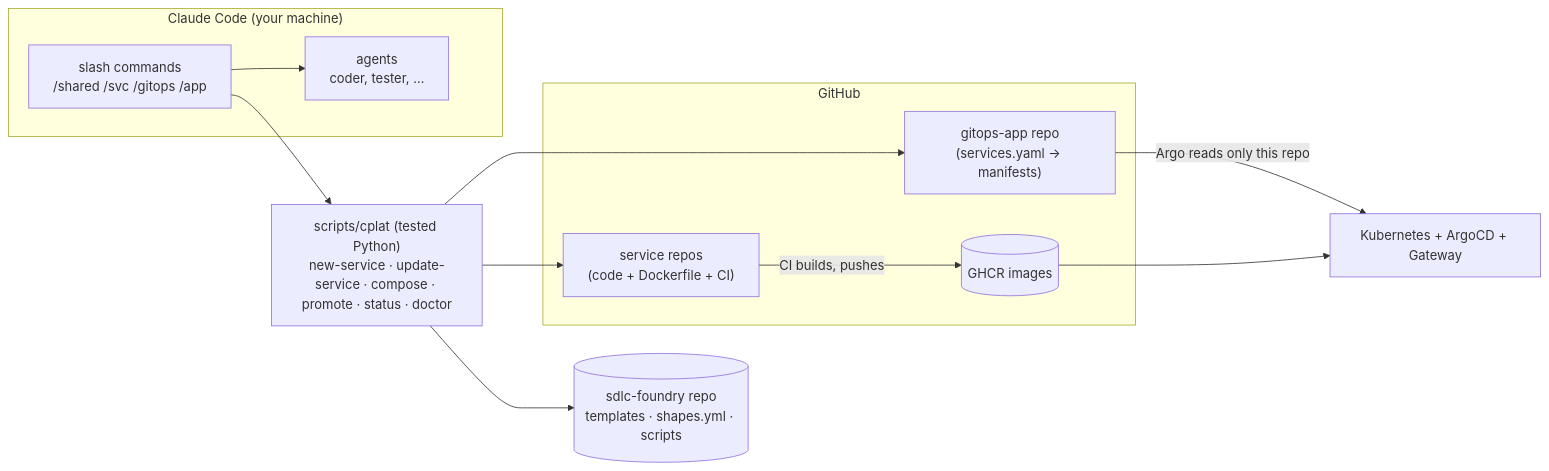
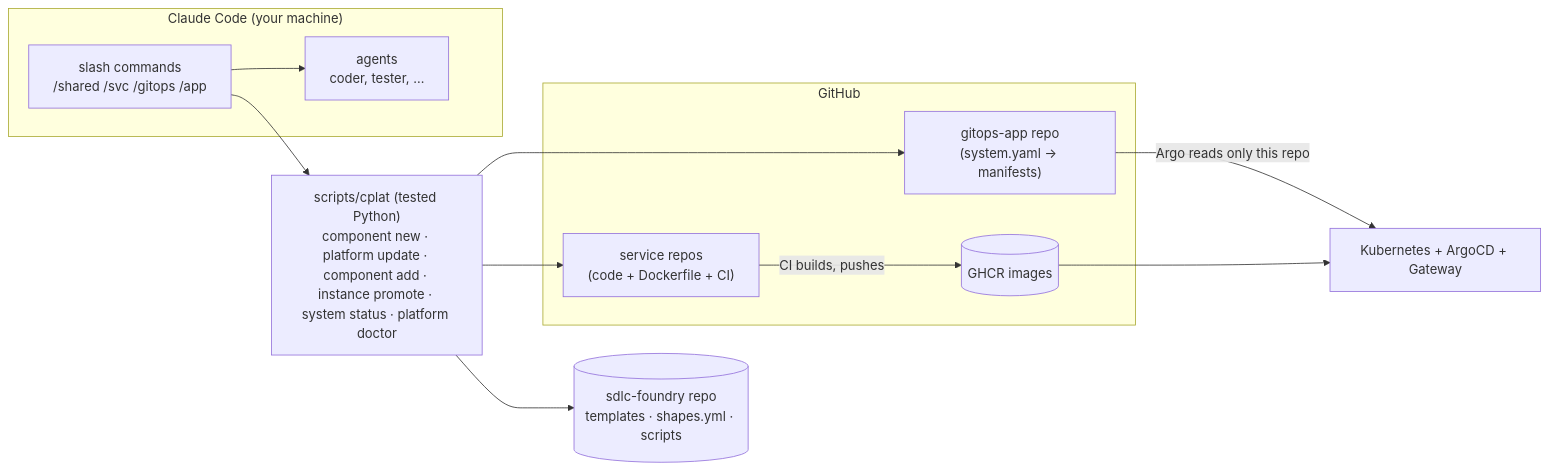
One commit to Aaqibhafeezkhan/sdlc-foundry changed the first of 4 diagrams in docs/HOW-IT-WORKS.md. Above: the diagram before and after it, drawn with Mermaid. The commit also changed other lines of this file and 383 other files, not shown here.

````diff
--- a/docs/HOW-IT-WORKS.md
+++ b/docs/HOW-IT-WORKS.md
@@ -29,21 +29,21 @@
 ```mermaid
 flowchart LR
   subgraph Claude["Claude Code (your machine)"]
     C["slash commands<br/>/shared /svc /gitops /app"]
     A["agents<br/>coder, tester, …"]
   end
-  S["scripts/cplat (tested Python)<br/>new-service · update-service · compose · promote · status · doctor"]
+  S["scripts/cplat (tested Python)<br/>component new · platform update · component add · instance promote · system status · platform doctor"]
   P[("sdlc-foundry repo<br/>templates · shapes.yml · scripts")]
   subgraph GH["GitHub"]
     SR["service repos<br/>(code + Dockerfile + CI)"]
-    GR["gitops-app repo<br/>(services.yaml → manifests)"]
+    GR["gitops-app repo<br/>(system.yaml → manifests)"]
     REG[("GHCR images")]
   end
   K["Kubernetes + ArgoCD + Gateway"]
   C --> S --> P
   C --> A
   S --> SR & GR
   SR -- "CI builds, pushes" --> REG
   GR -- "Argo reads only this repo" --> K
   REG --> K
 ```
````
